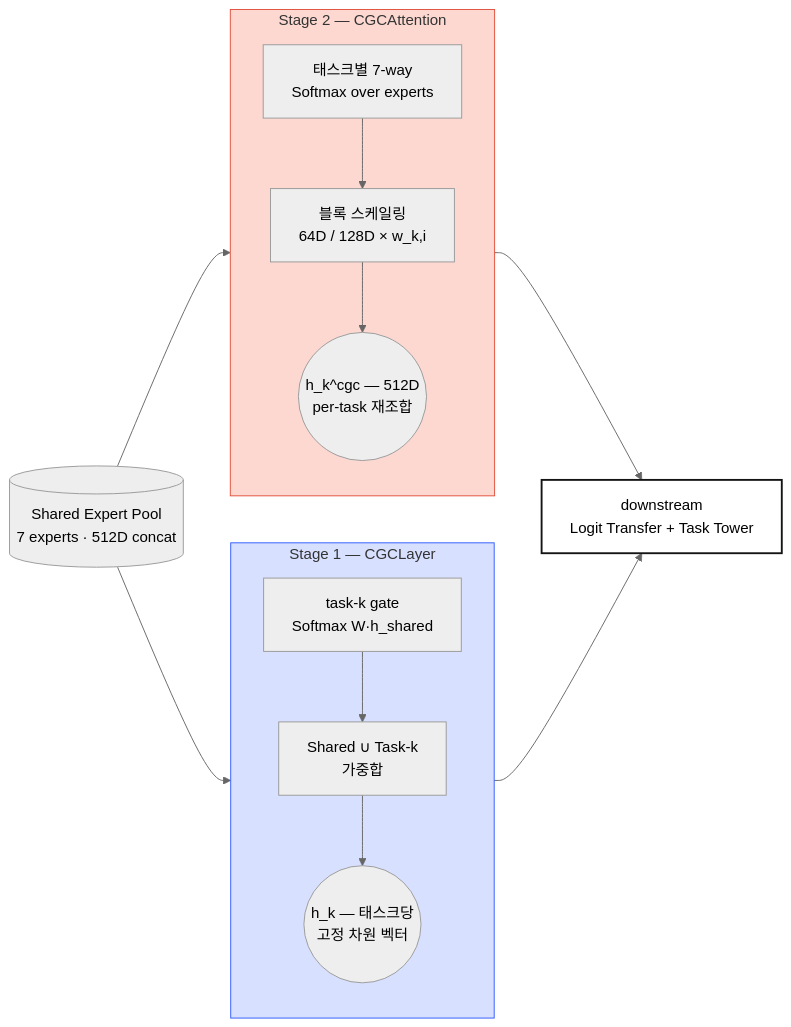
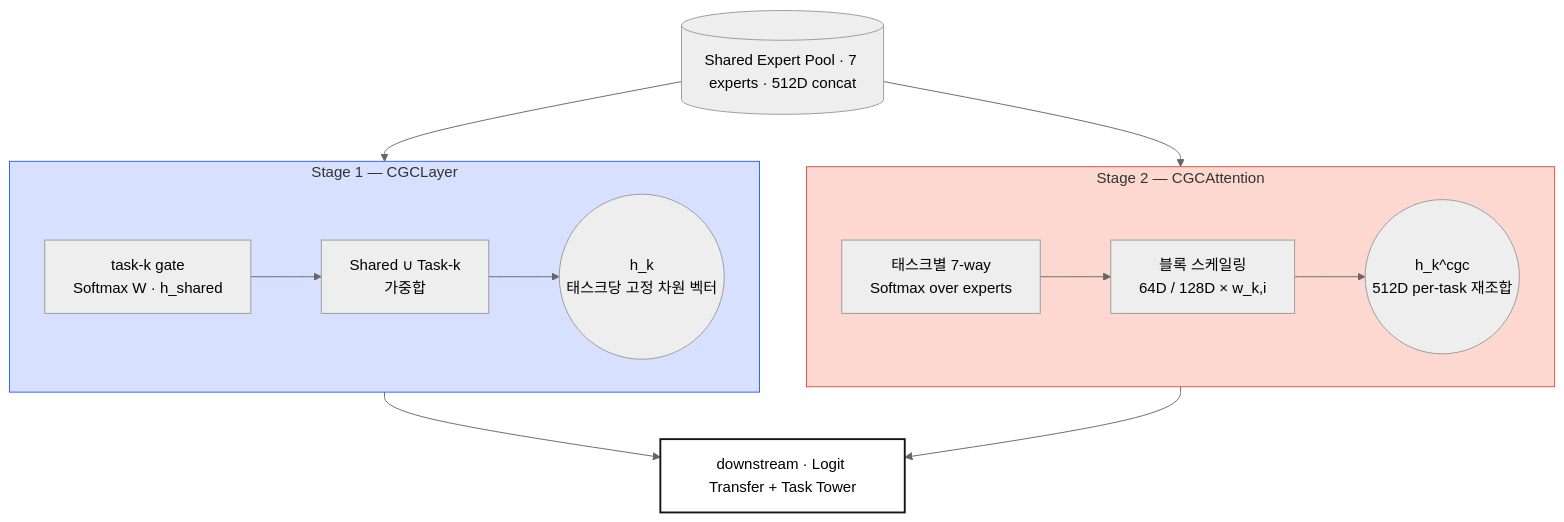
The first of 2 diagrams in src/content/posts/2026-04-19-ple-4-cgc-hmm-routing-ko.md (bluethestyle/bluethestyle.github.io), drawn with Mermaid (neutral theme) before and after one commit. The commit also changed other lines of this file and 1 other file, not shown here.

First line of the commit message:
viz(ple-4): flip Mermaid flowcharts LR→TB + heatmap legend parity

````diff
--- a/src/content/posts/2026-04-19-ple-4-cgc-hmm-routing-ko.md
+++ b/src/content/posts/2026-04-19-ple-4-cgc-hmm-routing-ko.md
@@ -32,25 +32,25 @@
 ```mermaid
-flowchart LR
-  input[(Shared Expert Pool<br/>7 experts · 512D concat)]
+flowchart TB
+  input[(Shared Expert Pool · 7 experts · 512D concat)]
   input --> stage1
   input --> stage2
   subgraph stage1 [Stage 1 — CGCLayer]
-    direction TB
-    s1a[task-k gate<br/>Softmax W·h_shared]
+    direction LR
+    s1a[task-k gate<br/>Softmax W · h_shared]
     s1b[Shared ∪ Task-k<br/>가중합]
-    s1c((h_k — 태스크당<br/>고정 차원 벡터))
+    s1c((h_k<br/>태스크당 고정 차원 벡터))
     s1a --> s1b --> s1c
   end
   subgraph stage2 [Stage 2 — CGCAttention]
-    direction TB
+    direction LR
     s2a[태스크별 7-way<br/>Softmax over experts]
     s2b[블록 스케일링<br/>64D / 128D × w_k,i]
-    s2c((h_k^cgc — 512D<br/>per-task 재조합))
+    s2c((h_k^cgc<br/>512D per-task 재조합))
     s2a --> s2b --> s2c
   end
-  s1c --> ds[downstream<br/>Logit Transfer + Task Tower]
-  s2c --> ds
+  stage1 --> ds[downstream · Logit Transfer + Task Tower]
+  stage2 --> ds
   style stage1 fill:#D8E0FF,stroke:#2E5BFF
   style stage2 fill:#FDD8D1,stroke:#E14F3A
   style ds fill:#FFFFFF,stroke:#141414,stroke-width:2px
 ```
````
